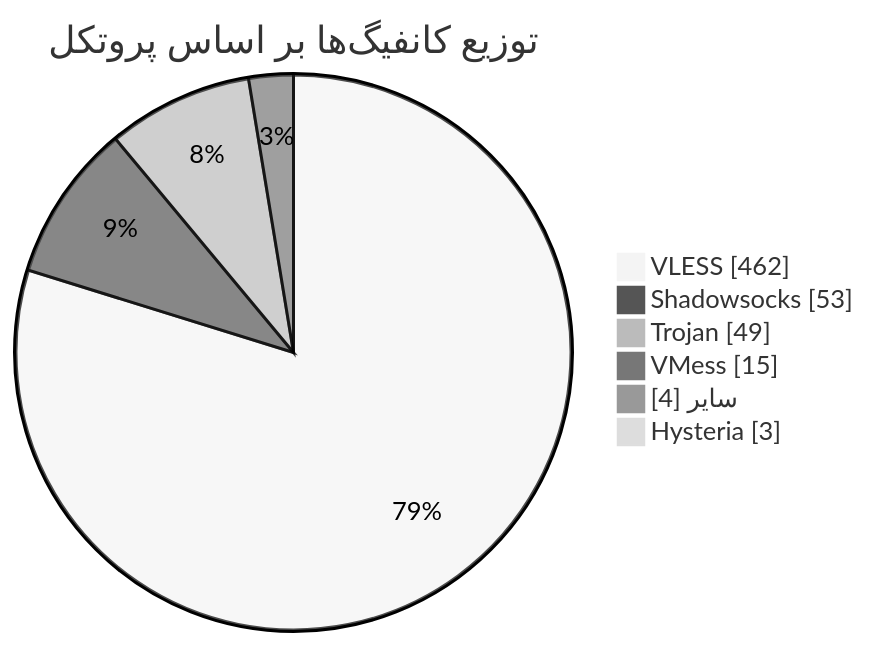
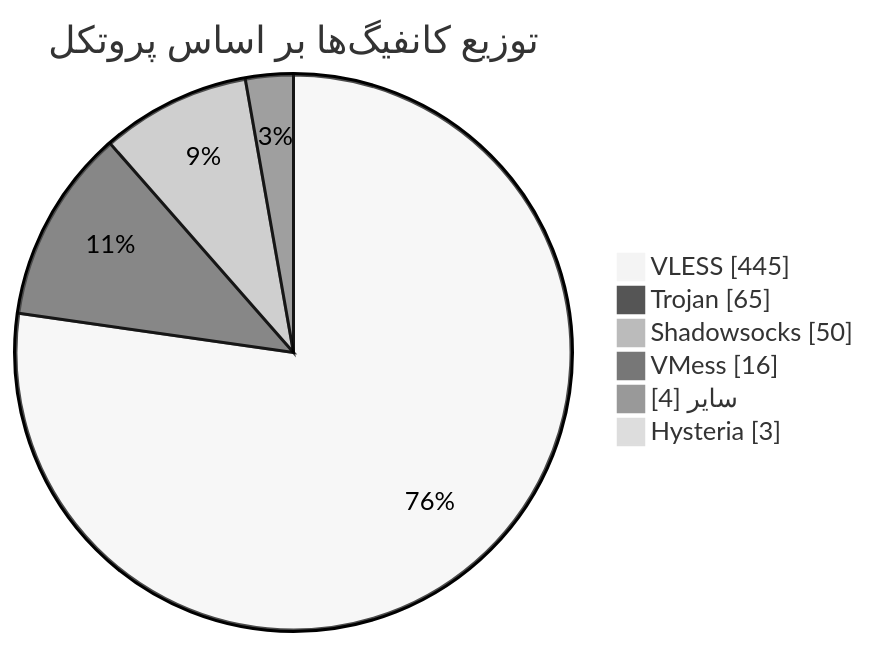
Before and after one commit to Arian-Alijani/Somthing: the diagram in README.md, drawn with Mermaid (neutral theme). The commit also changed other lines of this file and 15 other files, not shown here.

````diff
--- a/README.md
+++ b/README.md
@@ -48,10 +48,10 @@
 ```mermaid
 pie showData
     title توزیع کانفیگ‌ها بر اساس پروتکل
-    "VLESS" : 462
-    "Shadowsocks" : 53
-    "Trojan" : 49
-    "VMess" : 15
+    "VLESS" : 445
+    "Trojan" : 65
+    "Shadowsocks" : 50
+    "VMess" : 16
     "سایر" : 4
     "Hysteria" : 3
 ```
````
